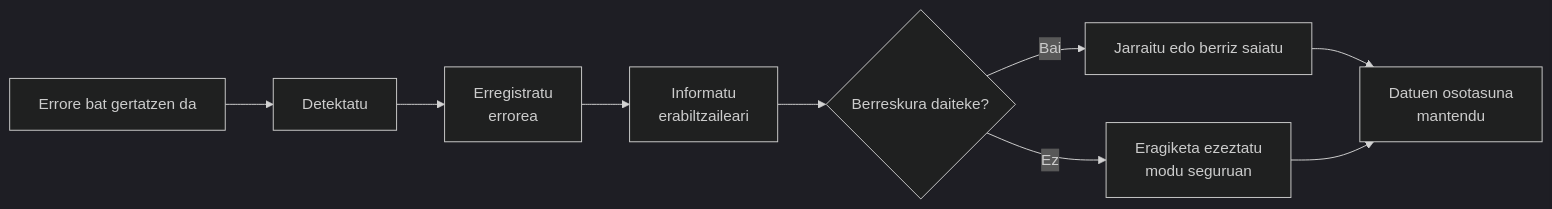
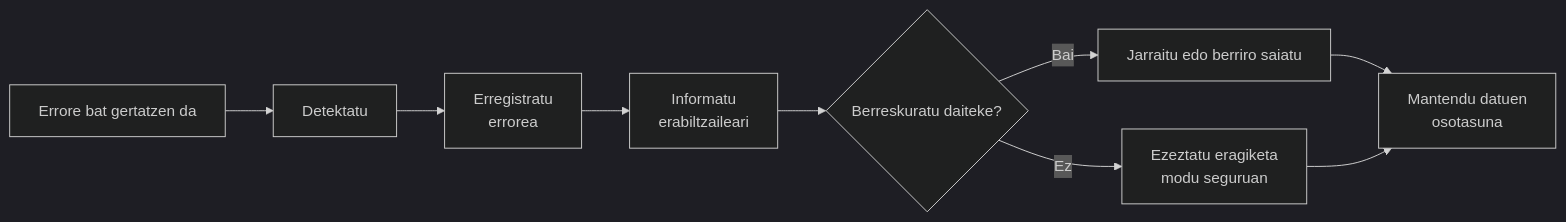
Before and after one commit to DAW-Resources-FPTxurdinaga/DW3_DesarrolloWebSeguro_2026-27: the fifth of 5 diagrams in docs/eu/2.desarrollo-seguro/3.gestion-de-errores.md, drawn with Mermaid (dark theme). The commit also changed other lines of this file and 302 other files, not shown here.

````diff
--- a/docs/eu/2.desarrollo-seguro/3.gestion-de-errores.md
+++ b/docs/eu/2.desarrollo-seguro/3.gestion-de-errores.md
@@ -770,19 +768,19 @@
 ```mermaid
 flowchart LR
 
 A[Errore bat gertatzen da]
 --> B[Detektatu]
 
 B --> C[Erregistratu<br/>errorea]
 
 C --> D[Informatu<br/>erabiltzaileari]
 
-D --> E{Berreskura daiteke?}
+D --> E{Berreskuratu daiteke?}
 
-E -->|Bai| F[Jarraitu edo berriz saiatu]
+E -->|Bai| F[Jarraitu edo berriro saiatu]
 
-E -->|Ez| G[Eragiketa ezeztatu<br/>modu seguruan]
+E -->|Ez| G[Ezeztatu eragiketa<br/>modu seguruan]
 
-F --> H[Datuen osotasuna<br/>mantendu]
+F --> H[Mantendu datuen<br/>osotasuna]
 G --> H
 ```
````
